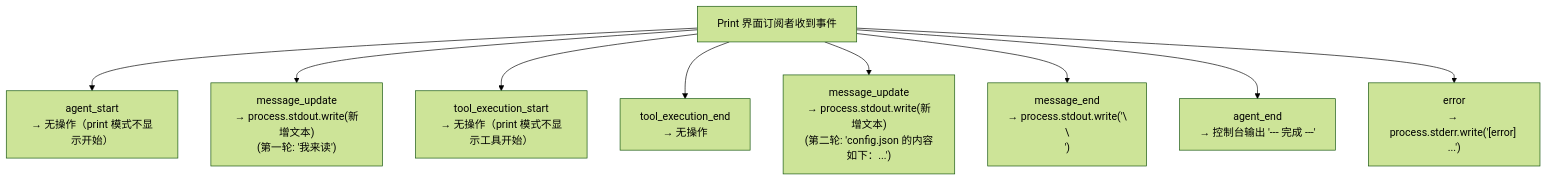
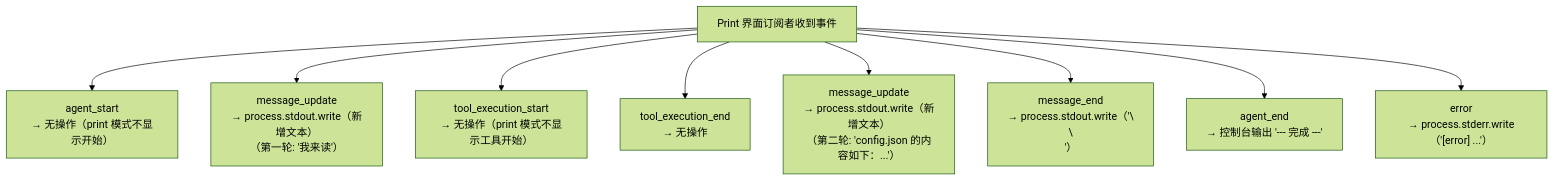
The tenth of 12 diagrams in docs/09-putting-it-together/02-end-to-end-flow.md (KNeegcyao/my-easy-pi), drawn with Mermaid (forest theme) before and after one commit. The commit also changed other lines of this file and 25 other files, not shown here.

First line of the commit message:
fix: 修复 Mermaid 图表语法错误

````diff
--- a/docs/09-putting-it-together/02-end-to-end-flow.md
+++ b/docs/09-putting-it-together/02-end-to-end-flow.md
@@ -431,11 +431,11 @@
 ```mermaid
 flowchart TD
     Start["Print 界面订阅者收到事件"] --> AgentStart["agent_start<br/>→ 无操作（print 模式不显示开始）"]
-    Start --> MsgUpdate1["message_update<br/>→ process.stdout.write(新增文本)<br/>(第一轮: '我来读')"]
+    Start --> MsgUpdate1["message_update<br/>→ process.stdout.write（新增文本）<br/>（第一轮: '我来读'）"]
     Start --> ToolStart["tool_execution_start<br/>→ 无操作（print 模式不显示工具开始）"]
     Start --> ToolEnd["tool_execution_end<br/>→ 无操作"]
-    Start --> MsgUpdate2["message_update<br/>→ process.stdout.write(新增文本)<br/>(第二轮: 'config.json 的内容如下：...')"]
-    Start --> MsgEnd["message_end<br/>→ process.stdout.write('\\n\\n')"]
+    Start --> MsgUpdate2["message_update<br/>→ process.stdout.write（新增文本）<br/>（第二轮: 'config.json 的内容如下：...'）"]
+    Start --> MsgEnd["message_end<br/>→ process.stdout.write（'\\n\\n'）"]
     Start --> AgentEnd["agent_end<br/>→ 控制台输出 '--- 完成 ---'"]
-    Start --> Error["error<br/>→ process.stderr.write('[error] ...')"]
+    Start --> Error["error<br/>→ process.stderr.write（'[error] ...'）"]
 ```
````
